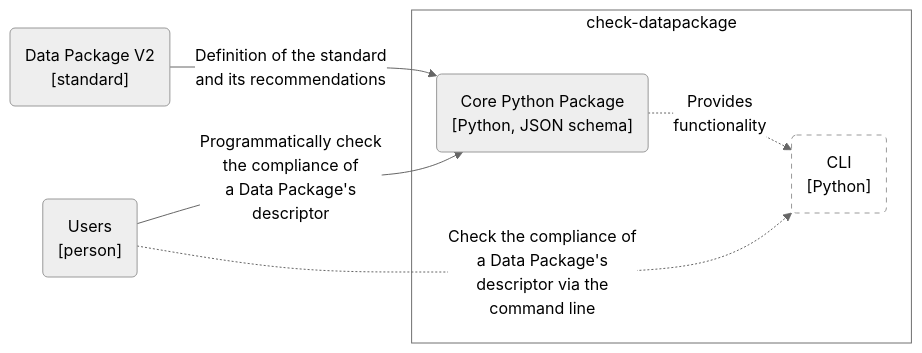
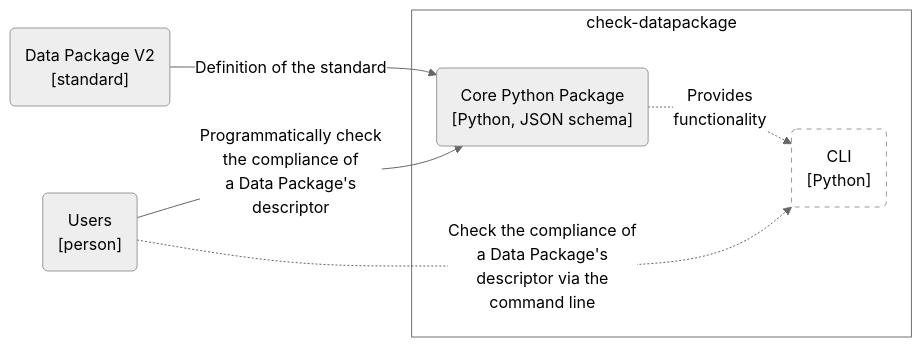
The second of 2 diagrams in docs/design/architecture.qmd (seedcase-project/check-datapackage), drawn with Mermaid (neutral theme) before and after one commit. The commit also changed other lines of this file, not shown here.

Commit message:
style: :memo: remove "and its recommendations" from DP arrows

````diff
--- a/docs/design/architecture.qmd
+++ b/docs/design/architecture.qmd
@@ -124,23 +124,23 @@
 ```{mermaid}
 %%| label: fig-c4-container
 %%| fig-cap: "C4 container diagram showing the core Python package in `check-datapackage` and the future command line interface (displayed dashed)."
 flowchart LR
 
     users("Users<br>[person]")
     dp_standard("Data Package V2<br>[standard]")
 
     subgraph "check-datapackage"
         python("Core Python Package<br>[Python, JSON schema]")
         cli("CLI<br>[Python]")
 
     python -. "Provides<br>functionality" .-> cli
     end
 
-    dp_standard --"Definition of the standard<br>and its recommendations"--> python
+    dp_standard --"Definition of the standard"--> python
     users --"Programmatically check<br>the compliance of<br>a Data Package's<br>descriptor"--> python
     users -. "Check the compliance of<br>a Data Package's<br>descriptor via the<br>command line" .-> cli
 
     %% Styling
     style check-datapackage fill:#FFFFFF, color:#000000
     style cli fill:#FFFFFF, stroke-dasharray: 5 5
 ```
````
